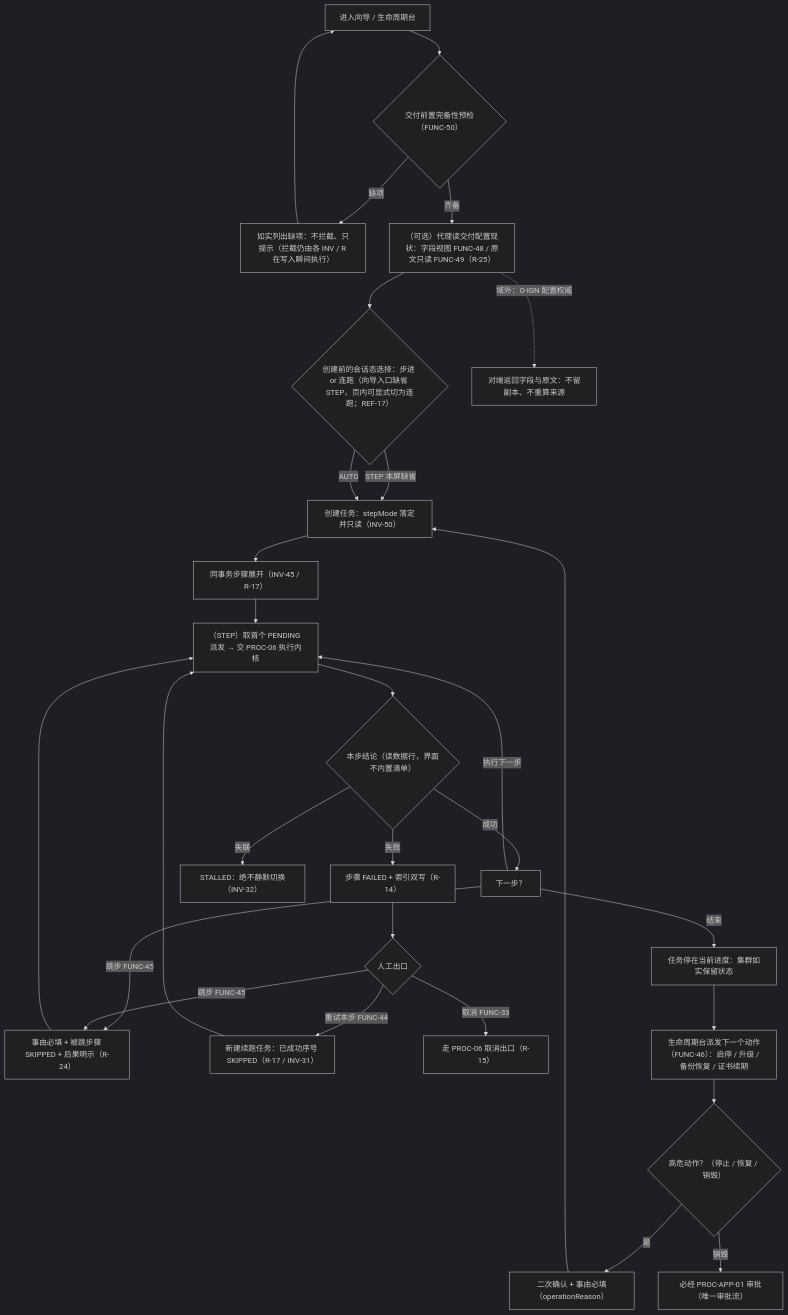
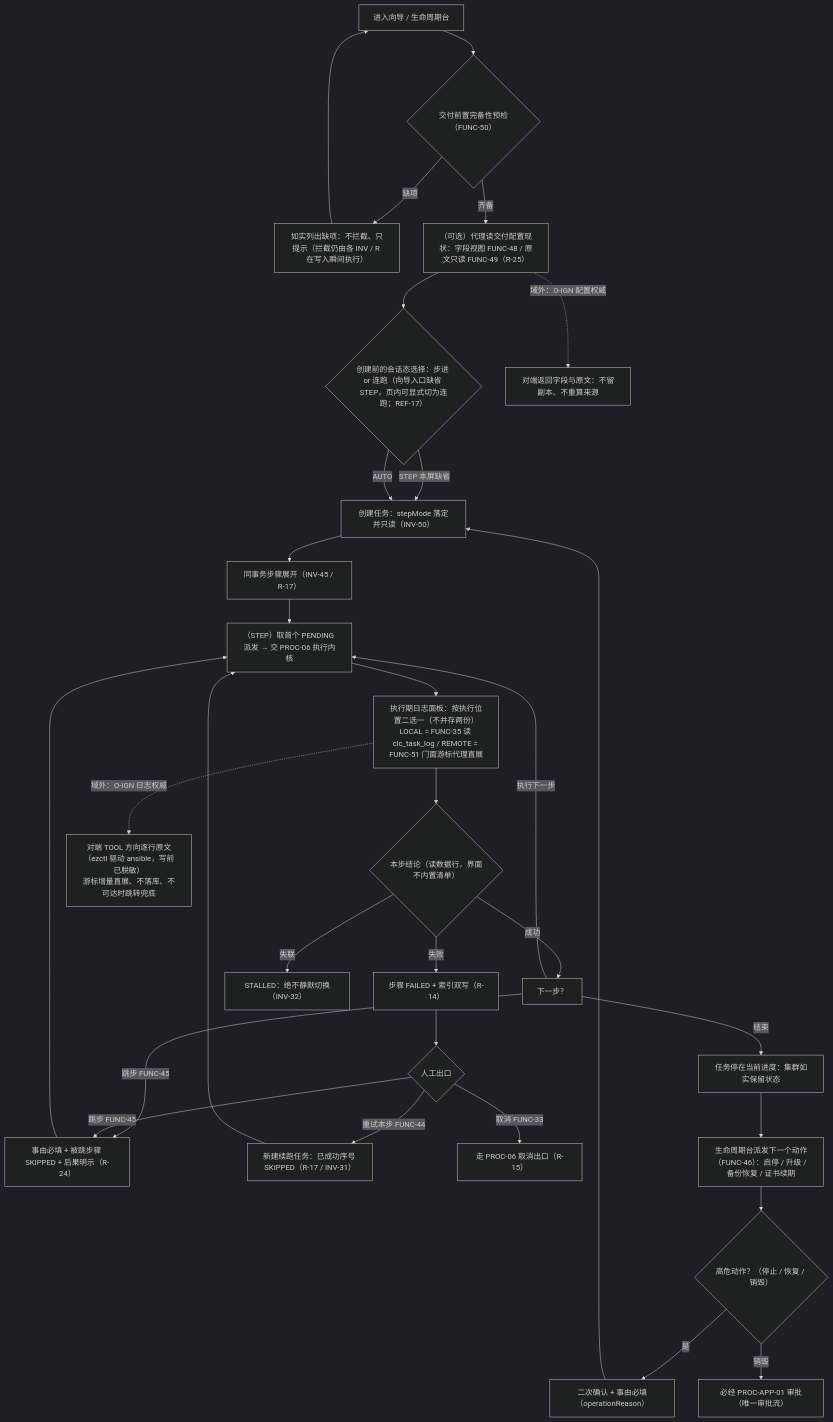
One commit to Project-Opic/opic-clc changed the ninth of 10 diagrams in design/spec/需求规格说明书-OPIC-集群域.md. Above: the diagram before and after it, drawn with Mermaid (dark theme). The commit also changed other lines of this file and 44 other files, not shown here.

````diff
--- a/design/spec/需求规格说明书-OPIC-集群域.md
+++ b/design/spec/需求规格说明书-OPIC-集群域.md
@@ -1296,31 +1315,33 @@
 ```mermaid
 flowchart TD
     A["进入向导 / 生命周期台"] --> B{"交付前置完备性预检（FUNC-50）"}
     B -->|缺项| B1["如实列出缺项：不拦截、只提示（拦截仍由各 INV / R 在写入瞬间执行）"]
     B1 --> A
     B -->|齐备| C["（可选）代理读交付配置现状：字段视图 FUNC-48 / 原文只读 FUNC-49（R-25）"]
     C --> D{"创建前的会话态选择：步进 or 连跑（向导入口缺省 STEP，页内可显式切为连跑；REF-17）"}
     D -->|STEP 本屏缺省| E["创建任务：stepMode 落定并只读（INV-50）"]
     D -->|AUTO| E
     E --> F["同事务步骤展开（INV-45 / R-17）"]
     F --> G["（STEP）取首个 PENDING 派发 → 交 PROC-06 执行内核"]
-    G --> H{"本步结论（读数据行，界面不内置清单）"}
+    G --> V["执行期日志面板：按执行位置二选一（不并存两份）<br/>LOCAL = FUNC-35 读 clc_task_log / REMOTE = FUNC-51 门面游标代理直展"]
+    V --> H{"本步结论（读数据行，界面不内置清单）"}
     H -->|成功| I["下一步？"]
     I -->|执行下一步| G
     I -->|跳步 FUNC-45| J["事由必填 + 被跳步骤 SKIPPED + 后果明示（R-24）"]
     J --> G
     I -->|结束| K["任务停在当前进度：集群如实保留状态"]
     H -->|失败| L["步骤 FAILED + 索引双写（R-14）"]
     L --> M{"人工出口"}
     M -->|重试本步 FUNC-44| N["新建续跑任务：已成功序号 SKIPPED（R-17 / INV-31）"]
     N --> G
     M -->|跳步 FUNC-45| J
     M -->|取消 FUNC-33| O["走 PROC-06 取消出口（R-15）"]
     H -->|失联| P["STALLED：绝不静默切换（INV-32）"]
     K --> Q["生命周期台派发下一个动作（FUNC-46）：启停 / 升级 / 备份恢复 / 证书续期"]
     Q --> R{"高危动作？（停止 / 恢复 / 销毁）"}
     R -->|是| S["二次确认 + 事由必填（operationReason）"]
     R -->|销毁| T["必经 PROC-APP-01 审批（唯一审批流）"]
     S --> E
     C -.->|域外：O-IGN 配置权威| U["对端返回字段与原文：不留副本、不重算来源"]
+    V -.->|域外：O-IGN 日志权威| W["对端 TOOL 方向逐行原文（ezctl 驱动 ansible，写前已脱敏）<br/>游标增量直展、不落库、不可达时跳转兜底"]
 ```
````
